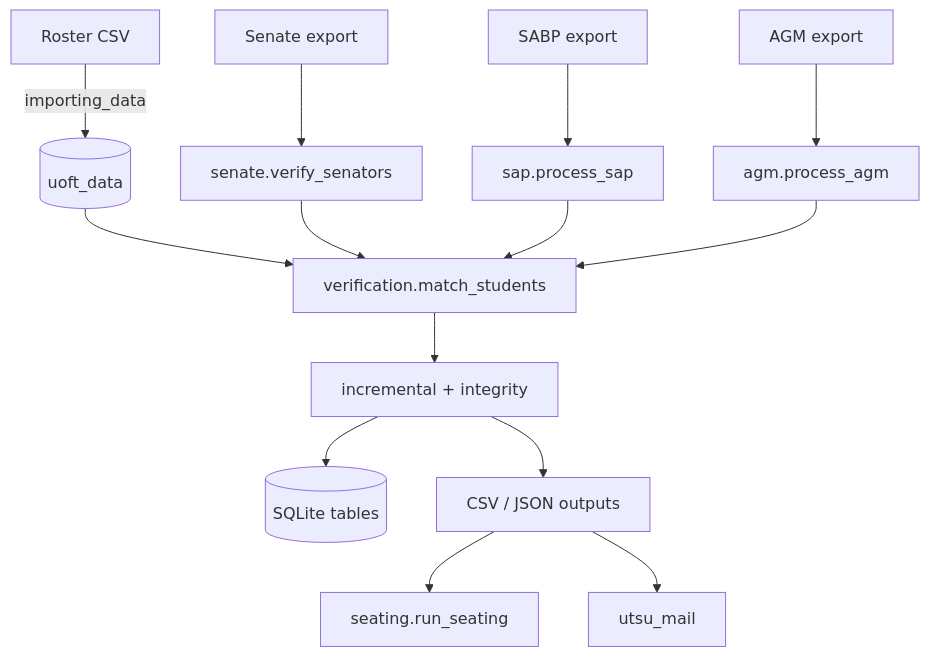
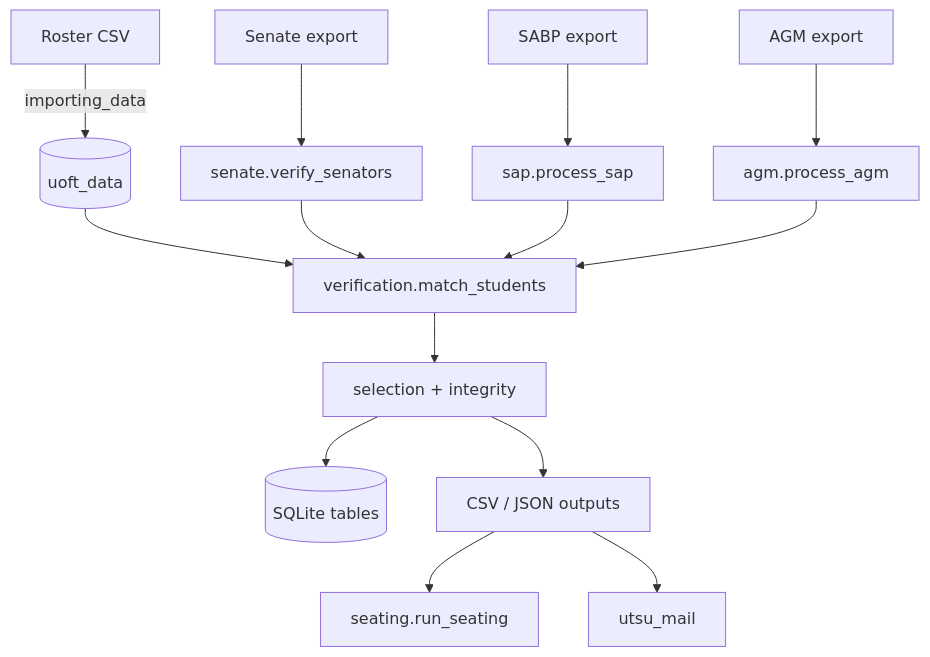
The diagram in wiki/Architecture.md (utsu-ca/student-processing-core), drawn with Mermaid before and after one commit. The commit also changed other lines of this file and 28 other files, not shown here.

````diff
--- a/wiki/Architecture.md
+++ b/wiki/Architecture.md
@@ -27,16 +27,16 @@
 ```mermaid
 flowchart TD
     R[Roster CSV] -->|importing_data| U[(uoft_data)]
     F1[Senate export] --> S[senate.verify_senators]
     F2[SABP export] --> P[sap.process_sap]
     F3[AGM export] --> A[agm.process_agm]
     U --> M[verification.match_students]
     S --> M
     P --> M
     A --> M
-    M --> I[incremental + integrity]
+    M --> I[selection + integrity]
     I --> DB[(SQLite tables)]
     I --> O[CSV / JSON outputs]
     O --> SEAT[seating.run_seating]
     O --> MAIL[utsu_mail]
 ```
````
